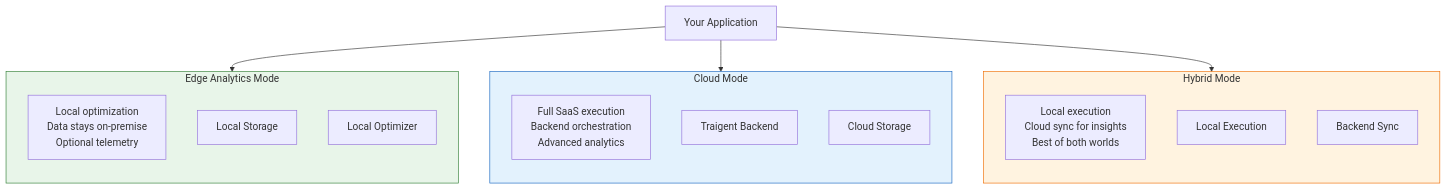
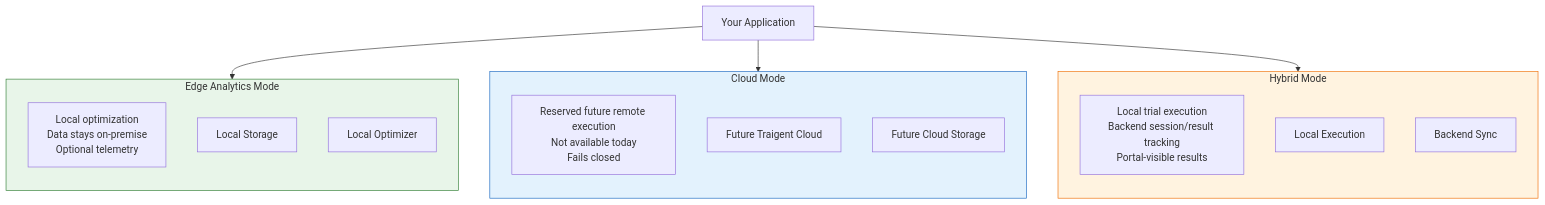
One commit to Traigent/Traigent changed the fourth of 7 diagrams in docs/architecture/ARCHITECTURE.md. Above: the diagram before and after it, drawn with Mermaid. The commit also changed other lines of this file and 222 other files, not shown here.

First line of the commit message:
Release 2026-05-09: develop → main (Schema 4.1 alignment + security hardening + quickstart) (#837)

````diff
--- a/docs/architecture/ARCHITECTURE.md
+++ b/docs/architecture/ARCHITECTURE.md
@@ -196,31 +196,31 @@
 ```mermaid
 flowchart TB
     subgraph EdgeAnalytics["Edge Analytics Mode"]
         direction TB
         ea_desc["Local optimization<br/>Data stays on-premise<br/>Optional telemetry"]
         ea_local["Local Storage"]
         ea_opt["Local Optimizer"]
     end
 
     subgraph CloudMode["Cloud Mode"]
         direction TB
-        cloud_desc["Full SaaS execution<br/>Backend orchestration<br/>Advanced analytics"]
-        cloud_backend["Traigent Backend"]
-        cloud_storage["Cloud Storage"]
+        cloud_desc["Reserved future remote execution<br/>Not available today<br/>Fails closed"]
+        cloud_backend["Future Traigent Cloud"]
+        cloud_storage["Future Cloud Storage"]
     end
 
     subgraph HybridMode["Hybrid Mode"]
         direction TB
-        hybrid_desc["Local execution<br/>Cloud sync for insights<br/>Best of both worlds"]
+        hybrid_desc["Local trial execution<br/>Backend session/result tracking<br/>Portal-visible results"]
         hybrid_local["Local Execution"]
         hybrid_sync["Backend Sync"]
     end
 
     User["Your Application"] --> EdgeAnalytics
     User --> CloudMode
     User --> HybridMode
 
     style EdgeAnalytics fill:#e8f5e9,stroke:#2e7d32
     style CloudMode fill:#e3f2fd,stroke:#1565c0
     style HybridMode fill:#fff3e0,stroke:#ef6c00
 ```
````
